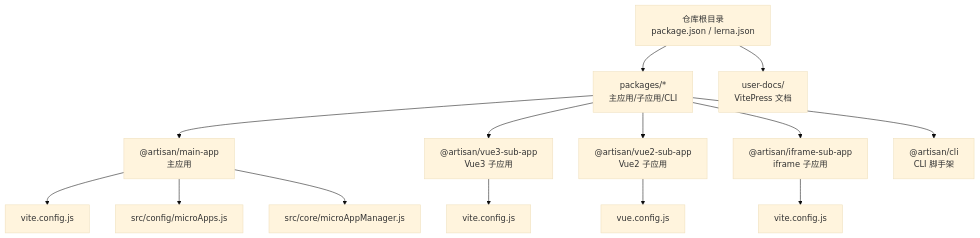
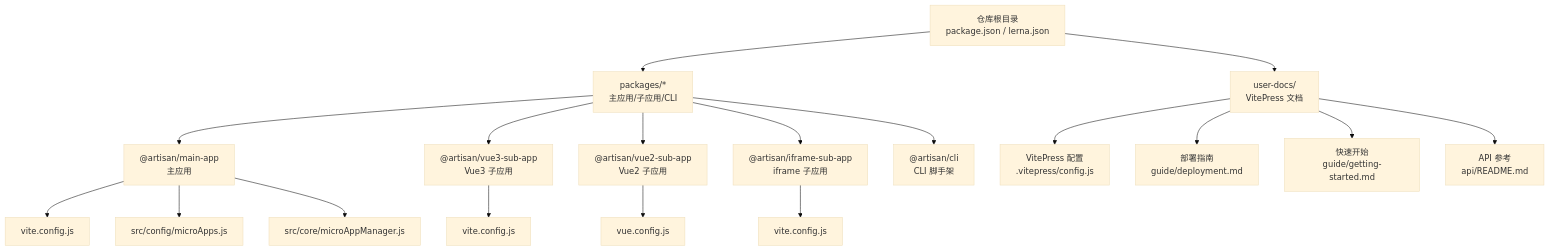
Before and after one commit to my-Sitara/artisan-base-frontend: the first of 4 diagrams in .qoder/repowiki/zh/content/部署指南/部署指南.md, drawn with Mermaid (base theme). The commit also changed other lines of this file and 25 other files, not shown here.

````diff
--- a/.qoder/repowiki/zh/content/部署指南/部署指南.md
+++ b/.qoder/repowiki/zh/content/部署指南/部署指南.md
@@ -45,16 +60,20 @@
 ```mermaid
 graph TB
 Root["仓库根目录<br/>package.json / lerna.json"] --> Pkgs["packages/*<br/>主应用/子应用/CLI"]
 Root --> Docs["user-docs/<br/>VitePress 文档"]
 Pkgs --> MainApp["@artisan/main-app<br/>主应用"]
 Pkgs --> Vue3Sub["@artisan/vue3-sub-app<br/>Vue3 子应用"]
 Pkgs --> Vue2Sub["@artisan/vue2-sub-app<br/>Vue2 子应用"]
 Pkgs --> IframeSub["@artisan/iframe-sub-app<br/>iframe 子应用"]
 Pkgs --> CLI["@artisan/cli<br/>CLI 脚手架"]
 MainApp --> MA_Config["vite.config.js"]
 MainApp --> MA_MicroCfg["src/config/microApps.js"]
 MainApp --> MA_Manager["src/core/microAppManager.js"]
 Vue3Sub --> V3_Config["vite.config.js"]
 Vue2Sub --> V2_Config["vue.config.js"]
 IframeSub --> IF_Config["vite.config.js"]
+Docs --> VitePress["VitePress 配置<br/>.vitepress/config.js"]
+Docs --> Deployment["部署指南<br/>guide/deployment.md"]
+Docs --> GettingStarted["快速开始<br/>guide/getting-started.md"]
+Docs --> APIRef["API 参考<br/>api/README.md"]
 ```
````
